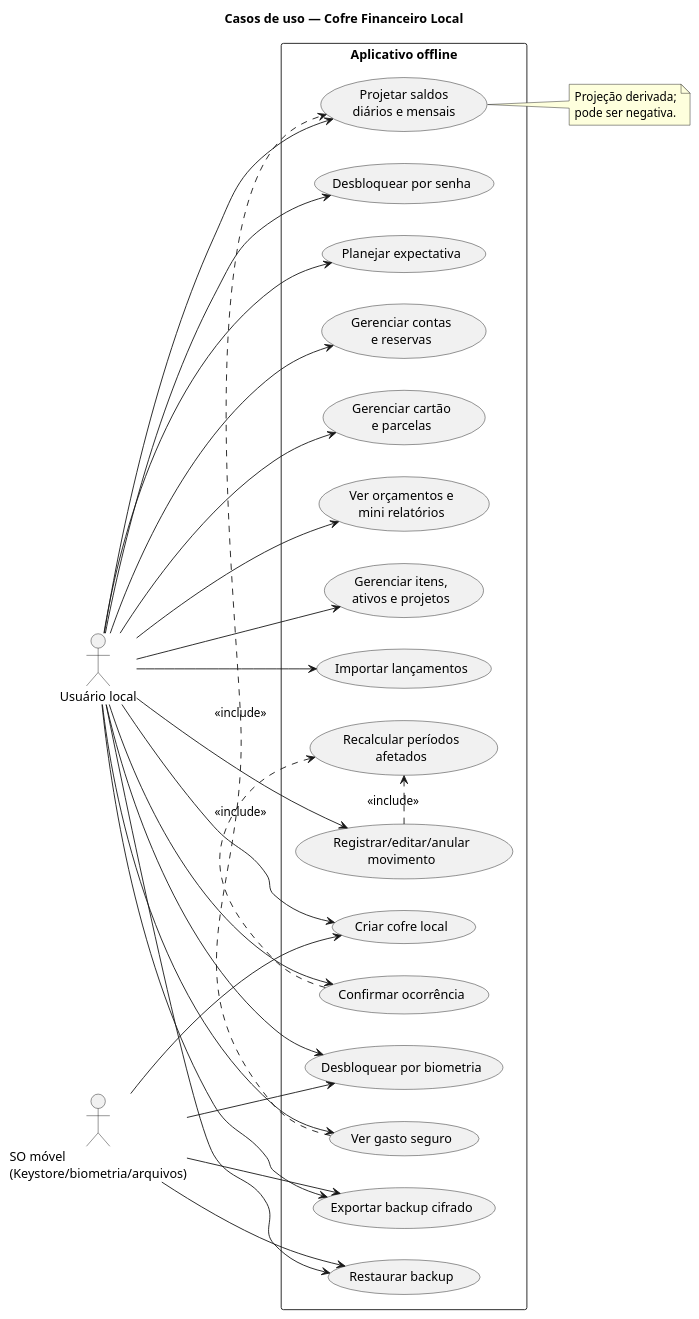
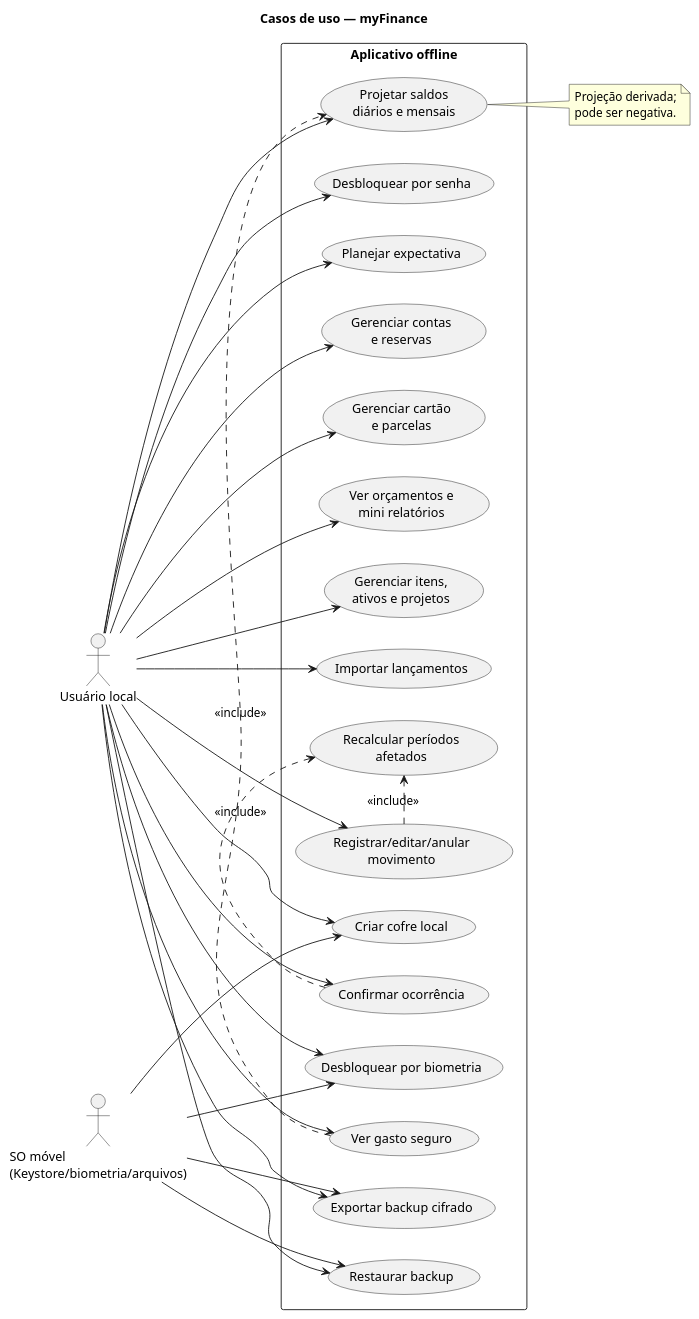
Before and after one commit to murilo-ramalho/MyFinance: the first of 15 diagrams in Especificacao_Cofre_v2.md, drawn with PlantUML. The commit also changed other lines of this file and 17 other files, not shown here.

````diff
--- a/Especificacao_Cofre_v2.md
+++ b/Especificacao_Cofre_v2.md
@@ -1453,54 +1453,54 @@
 ```plantuml
 @startuml
-title Casos de uso — Cofre Financeiro Local
+title Casos de uso — myFinance
 left to right direction
 skinparam packageStyle rectangle
 actor "Usuário local" as U
 actor "SO móvel\n(Keystore/biometria/arquivos)" as SO
 rectangle "Aplicativo offline" {
  usecase "Criar cofre local" as UC0
  usecase "Desbloquear por senha" as UC1
  usecase "Desbloquear por biometria" as UC2
  usecase "Registrar/editar/anular\nmovimento" as UC3
  usecase "Planejar expectativa" as UC4
  usecase "Confirmar ocorrência" as UC5
  usecase "Gerenciar contas\ne reservas" as UC6
  usecase "Gerenciar cartão\ne parcelas" as UC7
  usecase "Projetar saldos\ndiários e mensais" as UC8
  usecase "Ver gasto seguro" as UC9
  usecase "Ver orçamentos e\nmini relatórios" as UC10
  usecase "Gerenciar itens,\nativos e projetos" as UC11
  usecase "Exportar backup cifrado" as UC12
  usecase "Restaurar backup" as UC13
  usecase "Importar lançamentos" as UC14
  usecase "Recalcular períodos\nafetados" as UC15
 }
 U --> UC0
 U --> UC1
 U --> UC2
 U --> UC3
 U --> UC4
 U --> UC5
 U --> UC6
 U --> UC7
 U --> UC8
 U --> UC9
 U --> UC10
 U --> UC11
 U --> UC12
 U --> UC13
 U --> UC14
 UC3 .> UC15 : <<include>>
 UC5 .> UC15 : <<include>>
 UC9 .> UC8 : <<include>>
 SO --> UC0
 SO --> UC2
 SO --> UC12
 SO --> UC13
 note right of UC8
 Projeção derivada;
 pode ser negativa.
 end note
 @enduml
 
 ```
````
